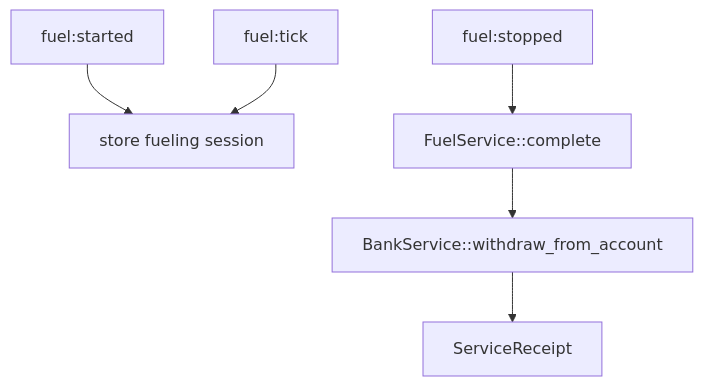
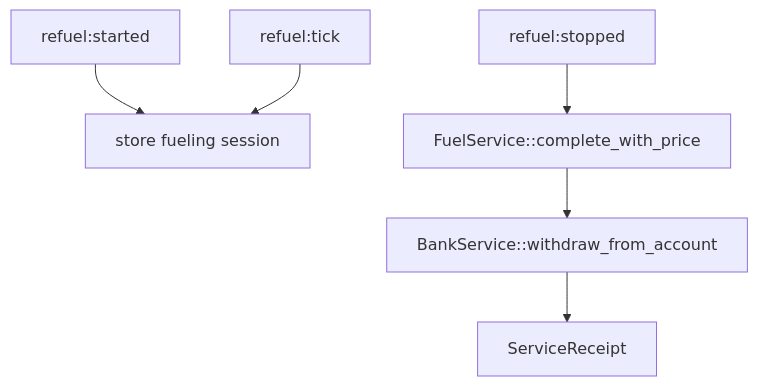
Before and after one commit to jschmidt92/crate: the diagram in arma/server/docs/features.md, drawn with Mermaid. The commit also changed other lines of this file and 53 other files, not shown here.

````diff
--- a/arma/server/docs/features.md
+++ b/arma/server/docs/features.md
@@ -106,8 +106,8 @@
 ```mermaid
 flowchart TD
-    Started[fuel:started] --> Session[store fueling session]
-    Tick[fuel:tick] --> Session
-    Stopped[fuel:stopped] --> Complete[FuelService::complete]
+    Started[refuel:started] --> Session[store fueling session]
+    Tick[refuel:tick] --> Session
+    Stopped[refuel:stopped] --> Complete[FuelService::complete_with_price]
     Complete --> Bank[BankService::withdraw_from_account]
     Bank --> Receipt[ServiceReceipt]
 ```
````
